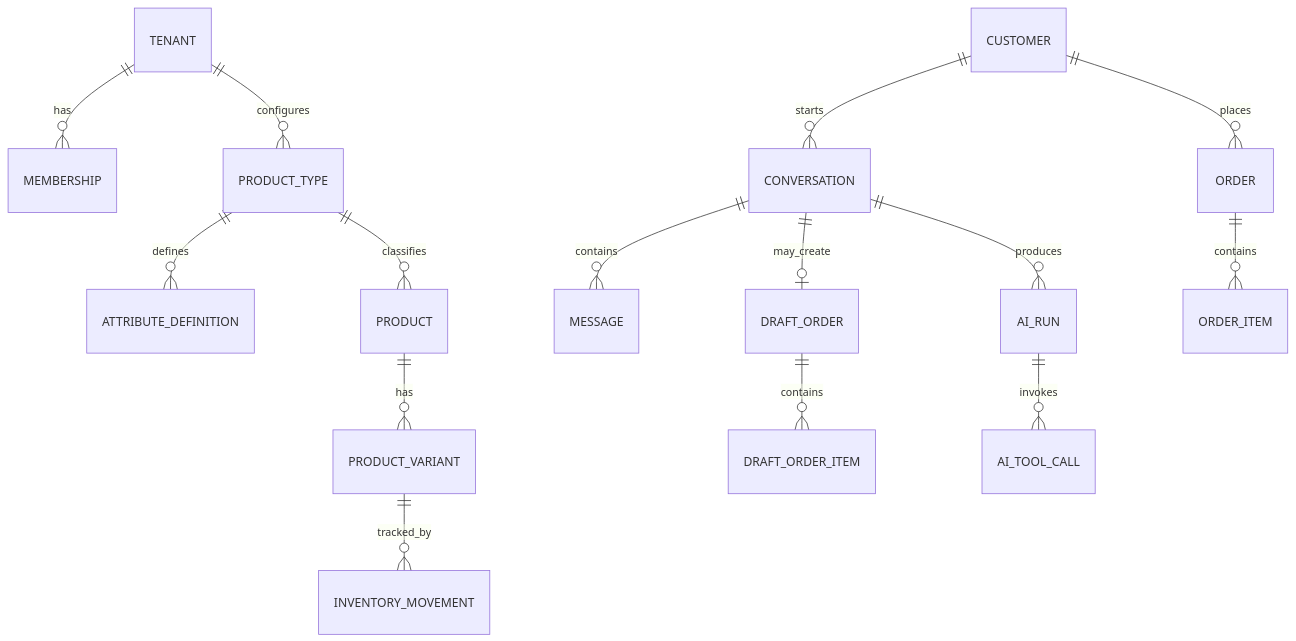
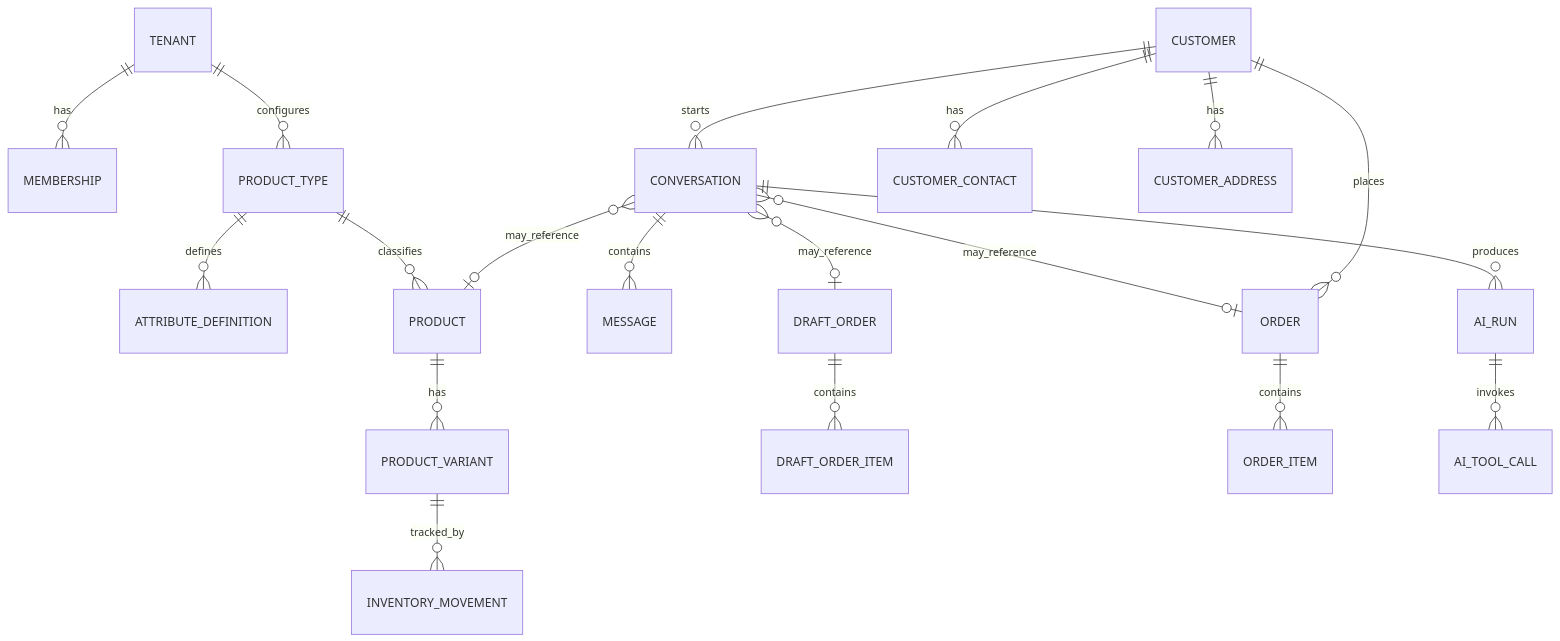
Before and after one commit to BrahimSoufghalem/ai-business-platform: the diagram in docs/DATA_MODEL.md, drawn with Mermaid. The commit also changed other lines of this file and 39 other files, not shown here.

````diff
--- a/docs/DATA_MODEL.md
+++ b/docs/DATA_MODEL.md
@@ -48,17 +51,21 @@
 ```mermaid
 erDiagram
   TENANT ||--o{ MEMBERSHIP : has
   TENANT ||--o{ PRODUCT_TYPE : configures
   PRODUCT_TYPE ||--o{ ATTRIBUTE_DEFINITION : defines
   PRODUCT_TYPE ||--o{ PRODUCT : classifies
   PRODUCT ||--o{ PRODUCT_VARIANT : has
   PRODUCT_VARIANT ||--o{ INVENTORY_MOVEMENT : tracked_by
   CUSTOMER ||--o{ CONVERSATION : starts
   CONVERSATION ||--o{ MESSAGE : contains
-  CONVERSATION ||--o| DRAFT_ORDER : may_create
+  CUSTOMER ||--o{ CUSTOMER_CONTACT : has
+  CUSTOMER ||--o{ CUSTOMER_ADDRESS : has
+  CONVERSATION }o--o| PRODUCT : may_reference
+  CONVERSATION }o--o| DRAFT_ORDER : may_reference
+  CONVERSATION }o--o| ORDER : may_reference
   DRAFT_ORDER ||--o{ DRAFT_ORDER_ITEM : contains
   ORDER ||--o{ ORDER_ITEM : contains
   CUSTOMER ||--o{ ORDER : places
   CONVERSATION ||--o{ AI_RUN : produces
   AI_RUN ||--o{ AI_TOOL_CALL : invokes
 ```
````
